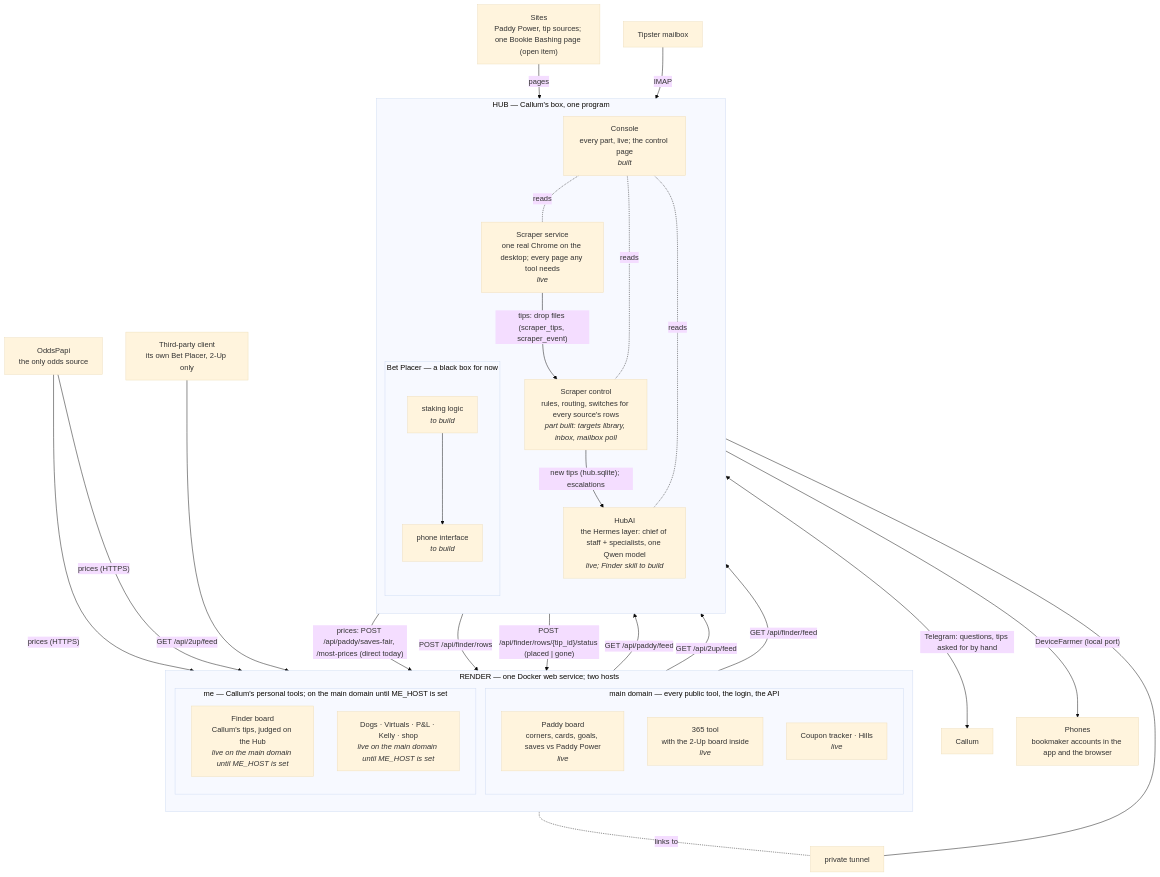
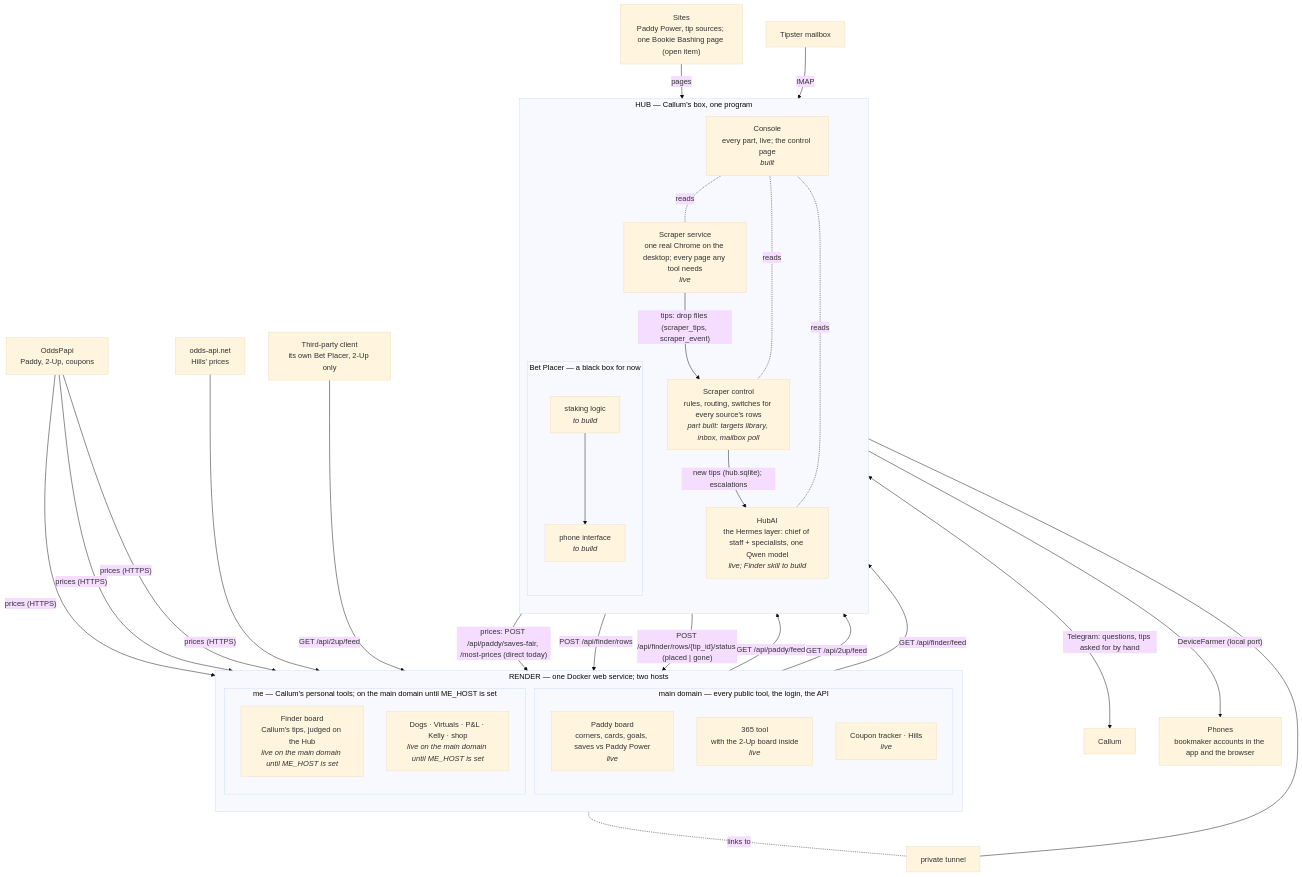
The diagram in docs/architecture.md (CMclarty/puntmore), drawn with Mermaid (base theme) before and after one commit. The commit also changed other lines of this file and 13 other files, not shown here.

First line of the commit message:
Hills on odds-api.net: register, AGENTS, architecture and dataflow

````diff
--- a/docs/architecture.md
+++ b/docs/architecture.md
@@ -14,51 +14,53 @@
 ```mermaid
 flowchart TB
   subgraph RENDER["RENDER — one Docker web service; two hosts"]
     direction TB
     subgraph MAIN["main domain — every public tool, the login, the API"]
       PADDY["Paddy board<br/>corners, cards, goals, saves vs Paddy Power<br/><i>live</i>"]
       T365["365 tool<br/>with the 2-Up board inside<br/><i>live</i>"]
       PUB["Coupon tracker · Hills<br/><i>live</i>"]
     end
     subgraph ME["me — Callum's personal tools; on the main domain until ME_HOST is set"]
       FINDER["Finder board<br/>Callum's tips, judged on the Hub<br/><i>live on the main domain until ME_HOST is set</i>"]
       PERS["Dogs · Virtuals · P&amp;L · Kelly · shop<br/><i>live on the main domain until ME_HOST is set</i>"]
     end
   end
 
-  ODDS["OddsPapi<br/>the only odds source"] -- "prices (HTTPS)" --> PADDY
+  ODDS["OddsPapi<br/>Paddy, 2-Up, coupons"] -- "prices (HTTPS)" --> PADDY
   ODDS -- "prices (HTTPS)" --> T365
+  ODDS -- "prices (HTTPS)" --> PUB
+  OAN["odds-api.net<br/>Hills' prices"] -- "prices (HTTPS)" --> PUB
 
   subgraph HUB["HUB — Callum's box, one program"]
     direction TB
     SVC["Scraper service<br/>one real Chrome on the desktop; every page any tool needs<br/><i>live</i>"]
     CTRL["Scraper control<br/>rules, routing, switches for every source's rows<br/><i>part built: targets library, inbox, mailbox poll</i>"]
     HUBAI["HubAI<br/>the Hermes layer: chief of staff + specialists, one Qwen model<br/><i>live; Finder skill to build</i>"]
     subgraph PLACER["Bet Placer — a black box for now"]
       STAKE["staking logic<br/><i>to build</i>"]
       PHONEIF["phone interface<br/><i>to build</i>"]
     end
     CONSOLE["Console<br/>every part, live; the control page<br/><i>built</i>"]
   end
 
   SITES["Sites<br/>Paddy Power, tip sources; one Bookie Bashing page (open item)"] -- "pages" --> SVC
   MAILBOX["Tipster mailbox"] -- "IMAP" --> CTRL
   SVC -- "tips: drop files (scraper_tips, scraper_event)" --> CTRL
   SVC -- "prices: POST /api/paddy/saves-fair, /most-prices (direct today)" --> PADDY
   CTRL -- "new tips (hub.sqlite); escalations" --> HUBAI
   HUBAI -- "POST /api/finder/rows" --> FINDER
   HUBAI <-->|"Telegram: questions, tips asked for by hand"| CALLUM["Callum"]
   PADDY -- "GET /api/paddy/feed" --> STAKE
   T365 -- "GET /api/2up/feed" --> STAKE
   FINDER -- "GET /api/finder/feed" --> STAKE
   STAKE --> PHONEIF
   PHONEIF -- "DeviceFarmer (local port)" --> PHONES["Phones<br/>bookmaker accounts in the app and the browser"]
   PLACER -- "POST /api/finder/rows/{tip_id}/status (placed | gone)" --> FINDER
   CONSOLE -. "reads" .- SVC
   CONSOLE -. "reads" .- CTRL
   CONSOLE -. "reads" .- HUBAI
   TUNNEL["private tunnel"] --- CONSOLE
   ME -. "links to" .- TUNNEL
 
   THIRD["Third-party client<br/>its own Bet Placer, 2-Up only"] -- "GET /api/2up/feed" --> T365
 ```
````
